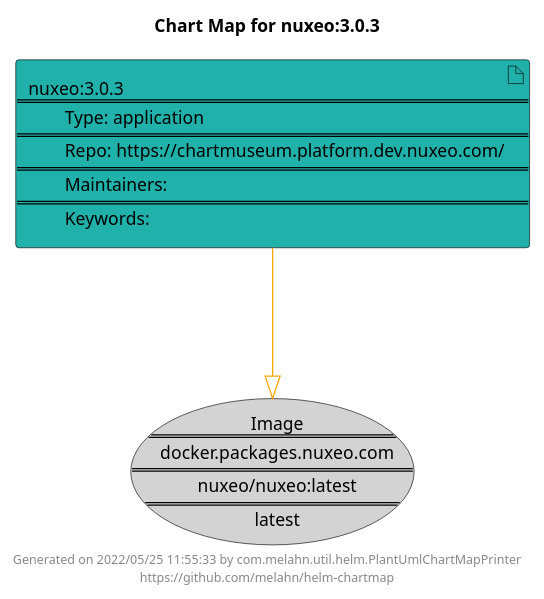
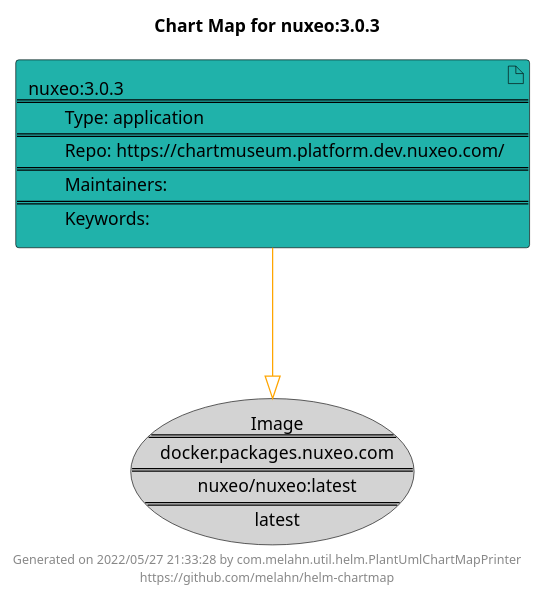
One commit to melahn/helm-chartmap changed the diagram in docs/nuxeo/nuxeo-3.0.3.puml. Above: the diagram before and after it, drawn with PlantUML. The commit also changed 63 other files, not shown here.

Commit message:
Update Example Chart Maps as part of GitHub build

```diff
--- a/docs/nuxeo/nuxeo-3.0.3.puml
+++ b/docs/nuxeo/nuxeo-3.0.3.puml
@@ -1,21 +1,21 @@
 @startuml
 skinparam linetype ortho
 skinparam backgroundColor white
 skinparam usecaseBorderColor black
 skinparam usecaseArrowColor LightSlateGray
 skinparam artifactBorderColor black
 skinparam artifactArrowColor LightSlateGray
 
 title Chart Map for nuxeo:3.0.3
 
 'There is one referenced Helm Chart
 artifact "nuxeo:3.0.3\n====\n\tType: application\n====\n\tRepo: https://chartmuseum.platform.dev.nuxeo.com/\n====\n\tMaintainers: \n====\n\tKeywords: " as nuxeo_3_0_3 #LightSeaGreen
 
 'There is one referenced Docker Image
 usecase "Image\n====\ndocker.packages.nuxeo.com\n====\nnuxeo/nuxeo:latest\n====\nlatest" as docker_packages_nuxeo_com_nuxeo_nuxeo_latest #LightGray
 
 'Chart Dependencies
 nuxeo_3_0_3--[#orange]-|>docker_packages_nuxeo_com_nuxeo_nuxeo_latest
 
-center footer Generated on 2022/05/25 11:55:33 by com.melahn.util.helm.PlantUmlChartMapPrinter\nhttps://github.com/melahn/helm-chartmap
+center footer Generated on 2022/05/27 21:33:28 by com.melahn.util.helm.PlantUmlChartMapPrinter\nhttps://github.com/melahn/helm-chartmap
 @enduml
```
